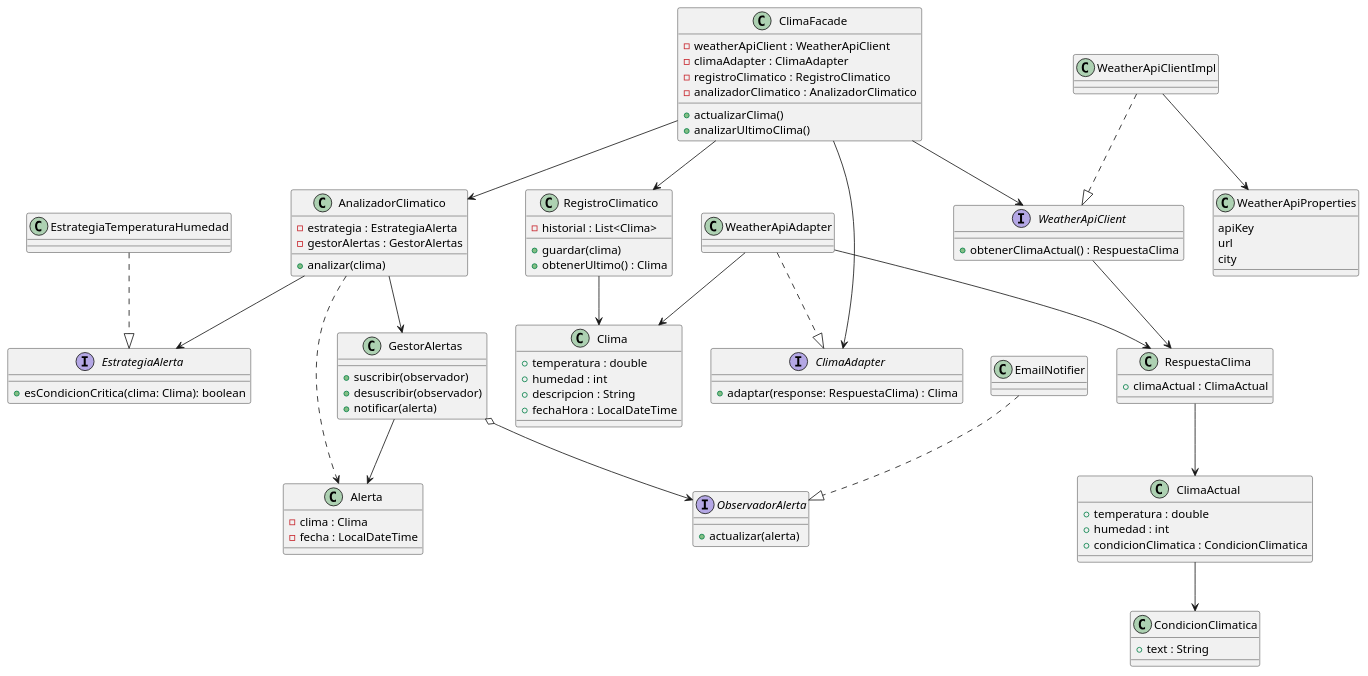
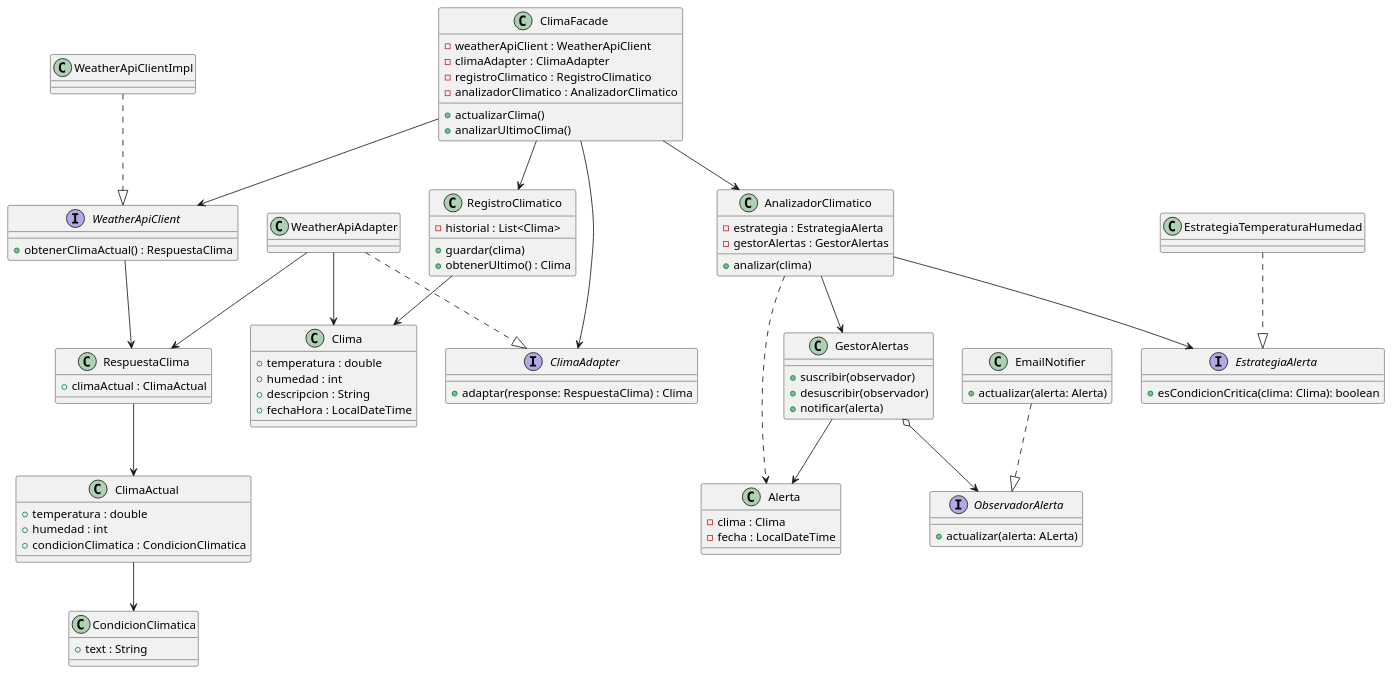
Before and after one commit to GJorgeFranzosi/Climalert: the diagram in DiagramaDeClase.puml, drawn with PlantUML. The commit also changed 1 other file, not shown here.

Commit message:
Elimino credenciales del archivo de configuración y emprolijo diagrama

```diff
--- a/DiagramaDeClase.puml
+++ b/DiagramaDeClase.puml
@@ -1,150 +1,141 @@
 @startuml
 
 '==== DOMINIO ====
 
 class Clima {
     +temperatura : double
     +humedad : int
     +descripcion : String
     +fechaHora : LocalDateTime
 }
 
 'Una alerta generada que contiene los datos necesarios para notificar
 class Alerta {
     -clima : Clima
     -fecha : LocalDateTime
 }
 
 '==== WEATHER API ====
 'Implementación rest del proveedor WeatherAPI
 
 'Facil cambiar de proovedor
 interface WeatherApiClient {
     +obtenerClimaActual() : RespuestaClima
 }
 
 class WeatherApiClientImpl
 
 WeatherApiClientImpl ..|> WeatherApiClient
 
 'Dtos del JSON recibido
 class RespuestaClima {
     +climaActual : ClimaActual
 }
 
 class ClimaActual {
     +temperatura : double
     +humedad : int
     +condicionClimatica : CondicionClimatica
 }
 
 class CondicionClimatica {
     +text : String
 }
 
 '==== SERVICES ====
 'Obtiene un Clima, lo analiza, crea una alerta y avisa al GestorAlertas
 class AnalizadorClimatico {
     -estrategia : EstrategiaAlerta
     -gestorAlertas : GestorAlertas
 
     +analizar(clima)
 }
 
 class RegistroClimatico {
     -historial : List<Clima>
 
     +guardar(clima)
     +obtenerUltimo() : Clima
 }
 
 '==== PATRÓN FACADE ====
 'Adapta el clima obtenido al modelo interno
 
 class ClimaFacade {
     -weatherApiClient : WeatherApiClient
     -climaAdapter : ClimaAdapter
     -registroClimatico : RegistroClimatico
     -analizadorClimatico : AnalizadorClimatico
 
     +actualizarClima()
     +analizarUltimoClima()
 }
 
 '==== PATRÓN ADAPTER ====
 'Convierte un RespuestaClima en un Clima del dominio
 
 interface ClimaAdapter {
     +adaptar(response: RespuestaClima) : Clima
 }
 
 class WeatherApiAdapter
 
 WeatherApiAdapter ..|> ClimaAdapter
 
 '==== PATRÓN STRATEGY ====
 
 interface EstrategiaAlerta {
     +esCondicionCritica(clima: Clima): boolean
 }
 
 class EstrategiaTemperaturaHumedad
 
 EstrategiaTemperaturaHumedad ..|> EstrategiaAlerta
 
 '==== PATRÓN OBSERVER ====
 
 'Representa cualquier componente interesado en enterarse de una alerta
 interface ObservadorAlerta {
-    +actualizar(alerta)
+    +actualizar(alerta: ALerta)
 }
 
 'Observador concreto
-class EmailNotifier
+class EmailNotifier {
+    +actualizar(alerta: Alerta)
+}
 
 'Contiene una lista de observadores para informar
 class GestorAlertas {
     +suscribir(observador)
     +desuscribir(observador)
     +notificar(alerta)
 }
-
-'==== CONFIG ====
-'Quizá no haga falta diagramarlo
-
-class WeatherApiProperties {
-    apiKey
-    url
-    city
-}
-
-WeatherApiClientImpl --> WeatherApiProperties
 
 '==== RELACIONES ====
 
 ClimaFacade --> WeatherApiClient
 ClimaFacade --> ClimaAdapter
 ClimaFacade --> RegistroClimatico
 ClimaFacade --> AnalizadorClimatico
 
 WeatherApiClient --> RespuestaClima
 WeatherApiAdapter --> RespuestaClima
 WeatherApiAdapter --> Clima
 
 
 RegistroClimatico --> Clima
 
 AnalizadorClimatico --> EstrategiaAlerta
 AnalizadorClimatico --> GestorAlertas
-'Crea
+
 AnalizadorClimatico ..> Alerta
 
 GestorAlertas o--> ObservadorAlerta
 GestorAlertas --> Alerta
 
 RespuestaClima --> ClimaActual
 ClimaActual --> CondicionClimatica
 
 EmailNotifier ..|> ObservadorAlerta
 
 @enduml
```
